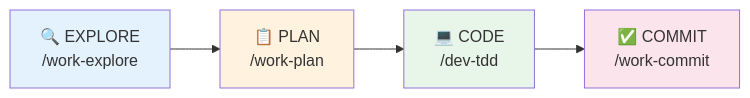
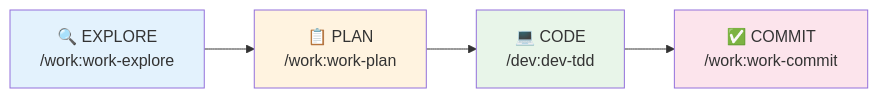
One commit to christopherlouet/claude-base changed the diagram in website/docs/reference/cheatsheet.md. Above: the diagram before and after it, drawn with Mermaid. The commit also changed other lines of this file and 318 other files, not shown here.

````diff
--- a/website/docs/reference/cheatsheet.md
+++ b/website/docs/reference/cheatsheet.md
@@ -13,11 +13,11 @@
 ```mermaid
 graph LR
-    E[🔍 EXPLORE<br/>/work-explore] --> P[📋 PLAN<br/>/work-plan]
-    P --> C[💻 CODE<br/>/dev-tdd]
-    C --> M[✅ COMMIT<br/>/work-commit]
+    E[🔍 EXPLORE<br/>/work:work-explore] --> P[📋 PLAN<br/>/work:work-plan]
+    P --> C[💻 CODE<br/>/dev:dev-tdd]
+    C --> M[✅ COMMIT<br/>/work:work-commit]
 
     style E fill:#e3f2fd
     style P fill:#fff3e0
     style C fill:#e8f5e9
     style M fill:#fce4ec
 ```
````
